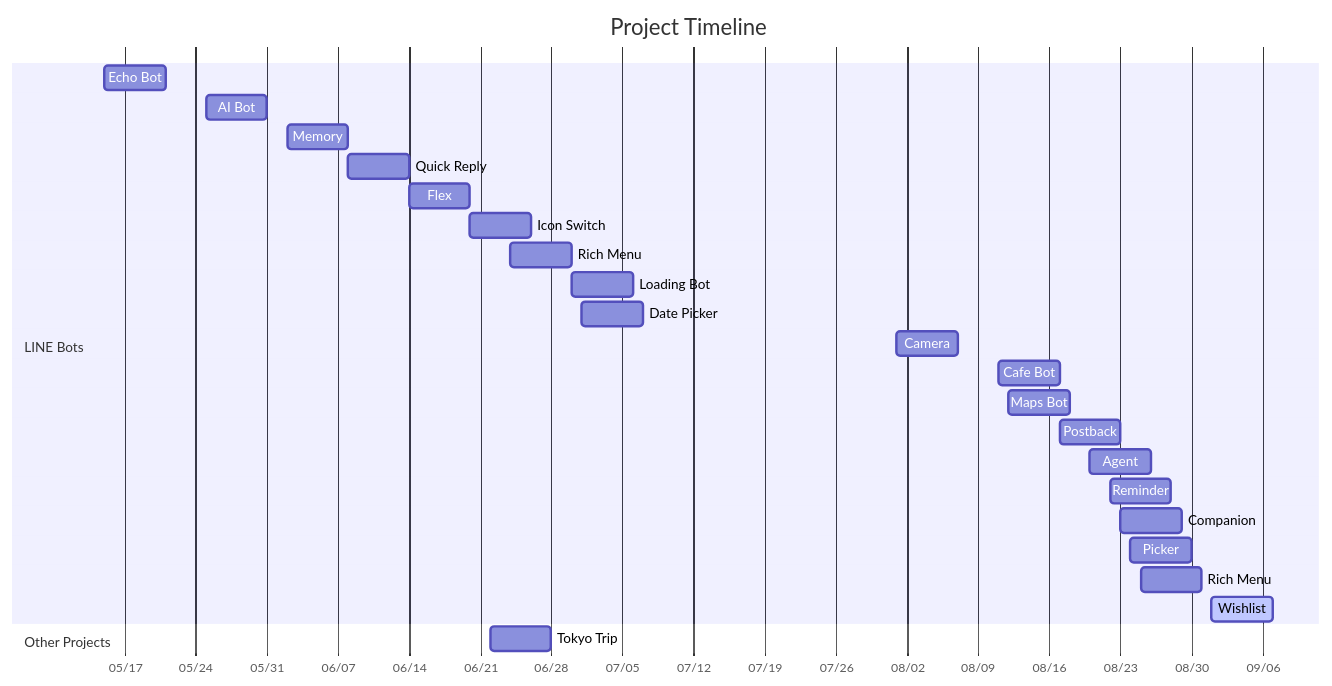
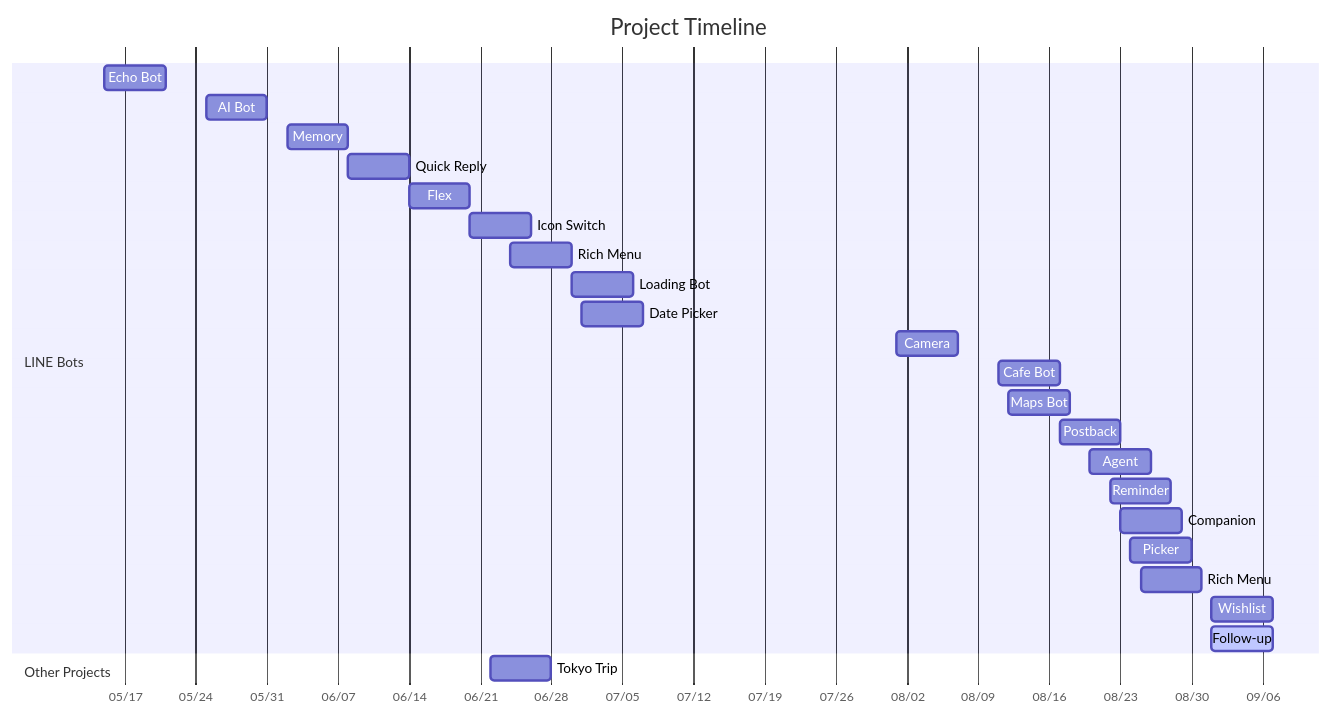
One commit to zonawang/zona-ai-learning-lab changed the diagram in README.md. Above: the diagram before and after it, drawn with Mermaid. The commit also changed other lines of this file, not shown here.

Commit message:
docs: add LINE Cafe follow-up learning log

````diff
--- a/README.md
+++ b/README.md
@@ -16,30 +16,31 @@
 ```mermaid
 gantt
     title Project Timeline
     dateFormat YYYY-MM-DD
     axisFormat %m/%d
 
     section LINE Bots
     Echo Bot      :p1, 2026-05-15, 6d
     AI Bot        :p2, 2026-05-25, 6d
     Memory        :p3, 2026-06-02, 6d
     Quick Reply   :p4, 2026-06-08, 6d
     Flex          :p5, 2026-06-14, 6d
     Icon Switch   :p6, 2026-06-20, 6d
     Rich Menu     :p8, 2026-06-24, 6d
     Loading Bot   :p9, 2026-06-30, 6d
     Date Picker   :p10, 2026-07-01, 6d
     Camera        :p11, 2026-08-01, 6d
     Cafe Bot      :p12, 2026-08-11, 6d
     Maps Bot      :p13, 2026-08-12, 6d
     Postback      :p14, 2026-08-17, 6d
     Agent         :p15, 2026-08-20, 6d
     Reminder      :p16, 2026-08-22, 6d
     Companion     :p17, 2026-08-23, 6d
     Picker        :p18, 2026-08-24, 6d
     Rich Menu     :p19, 2026-08-25, 6d
-    Wishlist      :active, p20, 2026-09-01, 6d
+    Wishlist      :p20, 2026-09-01, 6d
+    Follow-up     :active, p21, 2026-09-01, 6d
 
     section Other Projects
     Tokyo Trip    :p7, 2026-06-22, 6d
 ```
````
